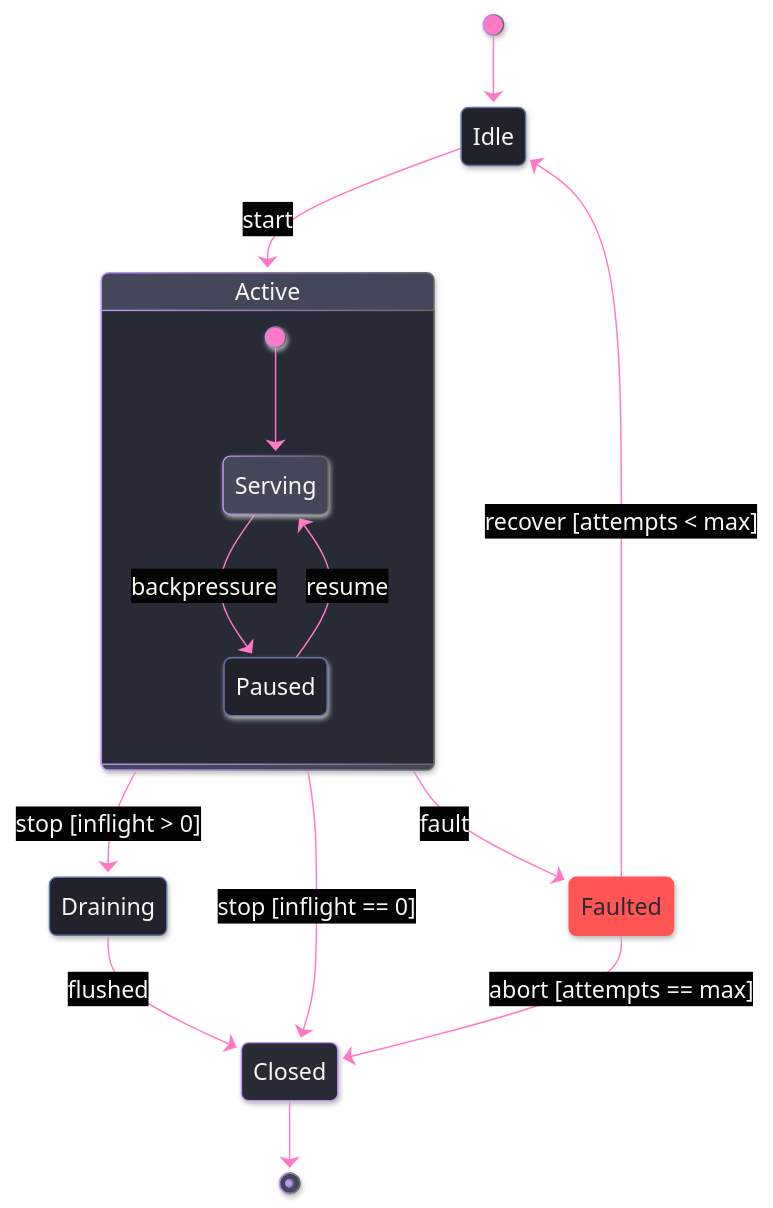
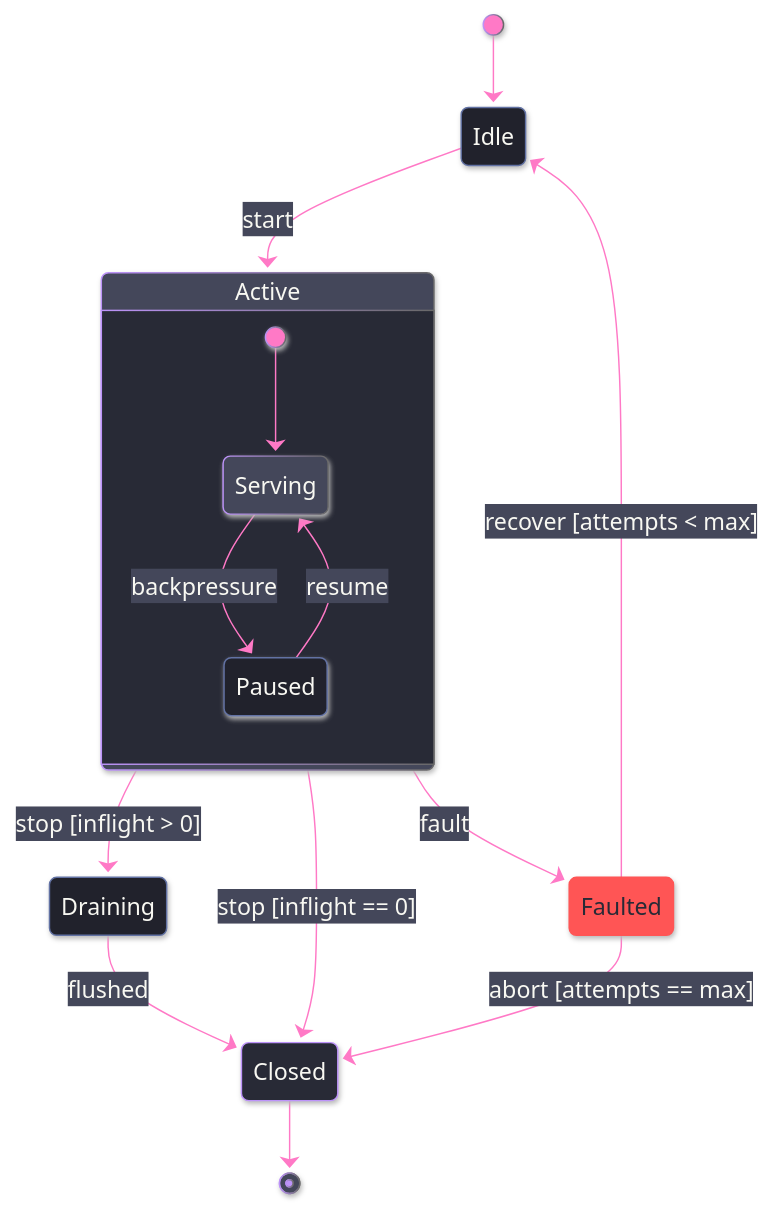
One commit to bsamiee/Rasm changed the diagram in .claude/skills/mermaid-diagramming/templates/lifecycle.mmd.md. Above: the diagram before and after it, drawn with Mermaid. The commit also changed other lines of this file and 51 other files, not shown here.

````diff
--- a/.claude/skills/mermaid-diagramming/templates/lifecycle.mmd.md
+++ b/.claude/skills/mermaid-diagramming/templates/lifecycle.mmd.md
@@ -5,41 +5,44 @@
 ```mermaid
 ---
 config:
   look: neo
   theme: base
+  themeCSS: ".nodeLabel{font-size:14px;font-weight:500}.edgeLabel{font-size:12.5px;font-weight:500}.cluster-label .nodeLabel{font-size:13px;font-weight:600}.transition{stroke-width:1.5px}"
   themeVariables:
     darkMode: true
     background: "#282A36"
     primaryColor: "#44475A"
     primaryTextColor: "#F8F8F2"
     primaryBorderColor: "#BD93F9"
     lineColor: "#FF79C6"
     textColor: "#F8F8F2"
     tertiaryColor: "#21222C"
     tertiaryTextColor: "#F8F8F2"
-    fontFamily: "monospace"
+    edgeLabelBackground: "#44475A"
+    labelBackgroundColor: "#44475A"
+    fontFamily: "SF Mono, Menlo, Cascadia Mono, Segoe UI Mono, Consolas, monospace"
 ---
 stateDiagram-v2
     accTitle: Owner lifecycle
     accDescr: A stateful owner moving from idle through a composite active state into draining and closed, with a guarded fault state offering bounded recovery before terminal abort.
     [*] --> Idle
     Idle --> Active: start
     state Active {
         [*] --> Serving
         Serving --> Paused: backpressure
         Paused --> Serving: resume
     }
     Active --> Draining: stop [inflight > 0]
     Active --> Closed: stop [inflight == 0]
     Active --> Faulted: fault
     Faulted --> Idle: recover [attempts < max]
     Faulted --> Closed: abort [attempts == max]
     Draining --> Closed: flushed
     Closed --> [*]
     classDef error fill:#FF5555,stroke:#FF5555,color:#282A36
     classDef boundary fill:#282A36,stroke:#BD93F9,color:#F8F8F2
     classDef recessed fill:#21222C,stroke:#6272A4,color:#F8F8F2
     class Faulted error
     class Closed boundary
     class Idle,Paused,Draining recessed
 ```
````
